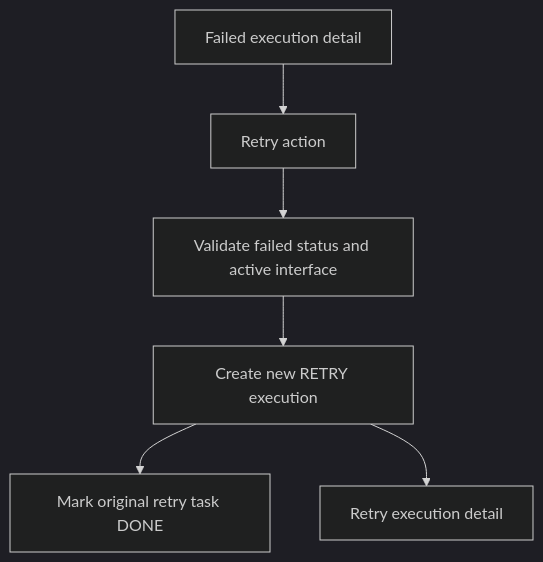
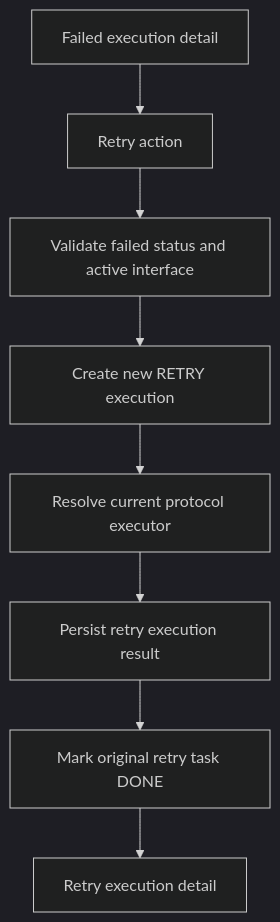
The second of 2 diagrams in docs/02-architecture.md (prozen99/Insurance_interface_hub), drawn with Mermaid (dark theme) before and after one commit. The commit also changed other lines of this file and 9 other files, not shown here.

````diff
--- a/docs/02-architecture.md
+++ b/docs/02-architecture.md
@@ -42,8 +62,10 @@
 ```mermaid
 flowchart TD
     Failed["Failed execution detail"] --> RetryClick["Retry action"]
     RetryClick --> Validate["Validate failed status and active interface"]
     Validate --> NewExecution["Create new RETRY execution"]
-    NewExecution --> MarkTask["Mark original retry task DONE"]
-    NewExecution --> Detail["Retry execution detail"]
+    NewExecution --> Executor["Resolve current protocol executor"]
+    Executor --> Result["Persist retry execution result"]
+    Result --> MarkTask["Mark original retry task DONE"]
+    MarkTask --> Detail["Retry execution detail"]
 ```
````
